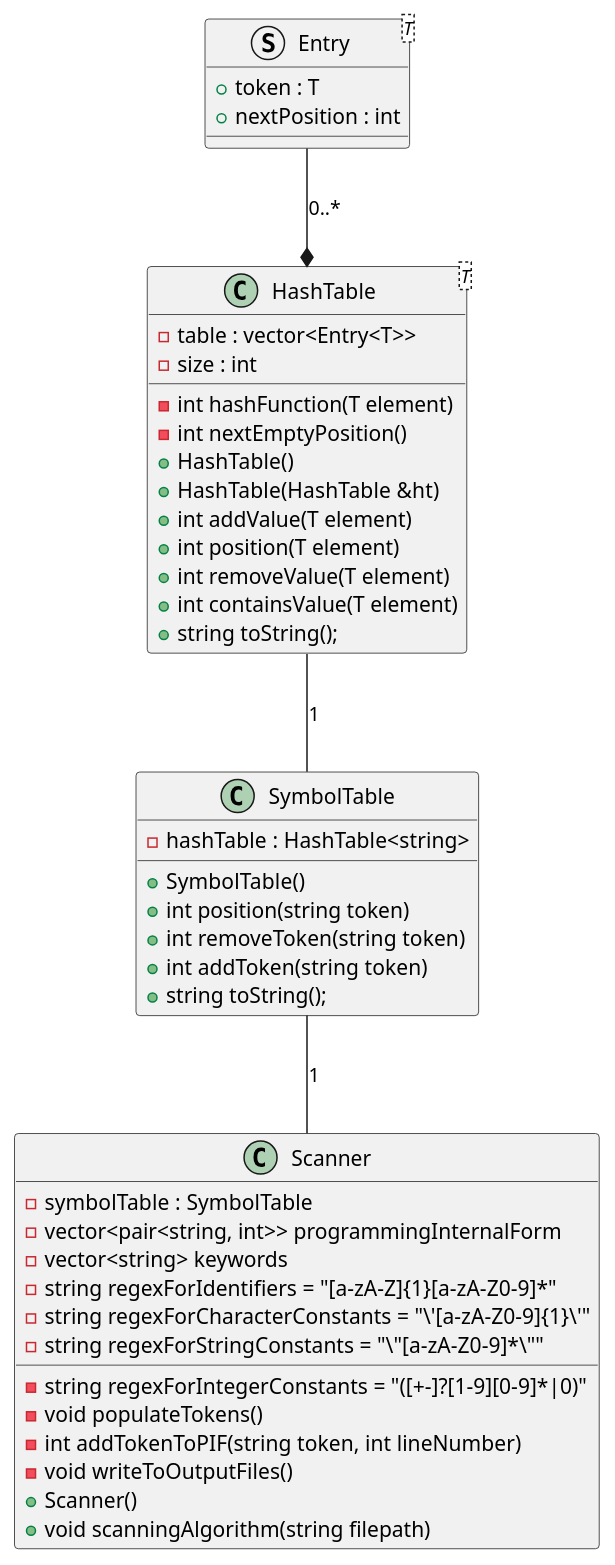
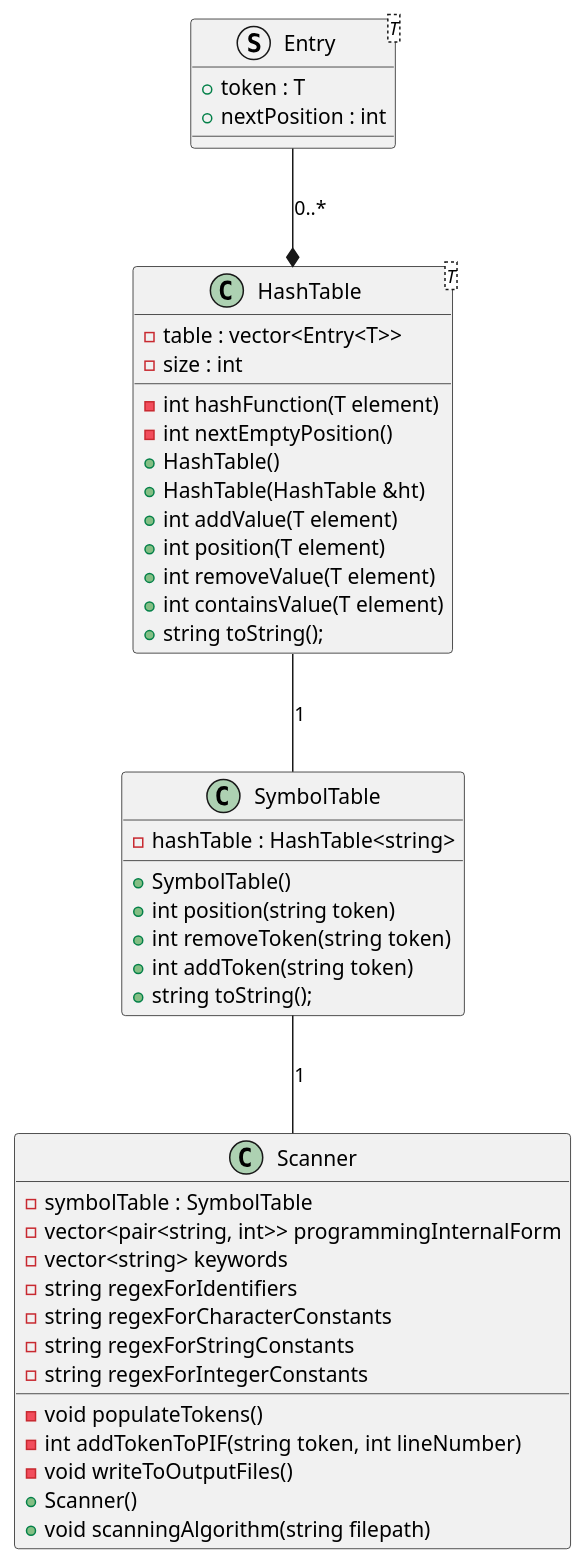
One commit to TopanOana/FLCD_Oana changed the diagram in lab2/ClassDiagram.puml. Above: the diagram before and after it, drawn with PlantUML. The commit also changed 2 other files, not shown here.

```diff
--- a/lab2/ClassDiagram.puml
+++ b/lab2/ClassDiagram.puml
@@ -1,56 +1,58 @@
 @startuml
 
 
 struct Entry<T> {
     + token : T
     + nextPosition : int
 }
 
 
 class HashTable<T>{
     - table : vector<Entry<T>>
     - size : int
     - int hashFunction(T element)
     - int nextEmptyPosition()
     + HashTable()
     + HashTable(HashTable &ht)
     + int addValue(T element)
     + int position(T element)
     + int removeValue(T element)
     + int containsValue(T element)
     + string toString();
 }
 
 class SymbolTable{
     - hashTable : HashTable<string>
     + SymbolTable()
     + int position(string token)
     + int removeToken(string token)
     + int addToken(string token)
     + string toString();
 }
 
 class Scanner{
     - symbolTable : SymbolTable
     - vector<pair<string, int>> programmingInternalForm
     - vector<string> keywords
-    - string regexForIdentifiers = "[a-zA-Z]{1}[a-zA-Z0-9]*"
-    - string regexForCharacterConstants = "\'[a-zA-Z0-9]{1}\'"
-    - string regexForStringConstants = "\"[a-zA-Z0-9]*\""
-    - string regexForIntegerConstants = "([+-]?[1-9][0-9]*|0)"
+    - string regexForIdentifiers
+    - string regexForCharacterConstants
+    - string regexForStringConstants
+    - string regexForIntegerConstants
     - void populateTokens()
     - int addTokenToPIF(string token, int lineNumber)
     - void writeToOutputFiles()
     + Scanner()
     + void scanningAlgorithm(string filepath)
 }
 
+SymbolTable -- Scanner : 1
+HashTable -- SymbolTable : 1
 
 Entry --*  HashTable : 0..*
 
-HashTable -- SymbolTable : 1
 
-SymbolTable -- Scanner : 1
+
+
 
 
 @enduml
```
